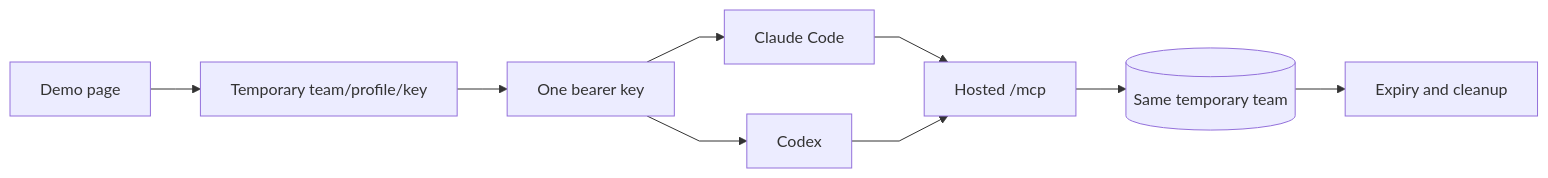
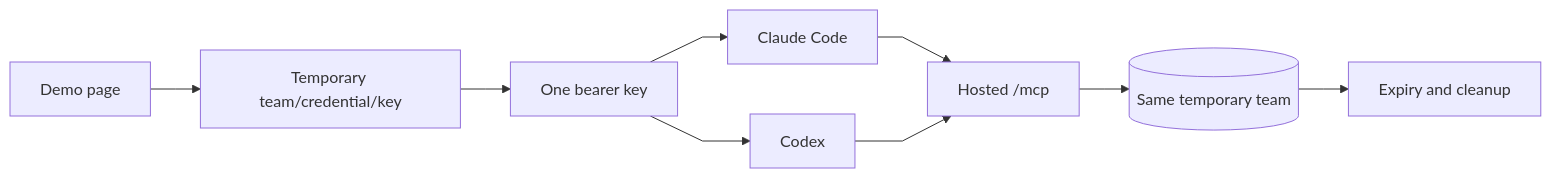
One commit to markhuangai/dense-mem changed the diagram in Hosted-Demo.md. Above: the diagram before and after it, drawn with Mermaid. The commit also changed other lines of this file and 12 other files, not shown here.

````diff
--- a/Hosted-Demo.md
+++ b/Hosted-Demo.md
@@ -27,12 +27,12 @@
 ```mermaid
 %%{init: {"flowchart": {"curve": "linear"}}}%%
 flowchart LR
-  Browser["Demo page"] --> Provision["Temporary team/profile/key"]
+  Browser["Demo page"] --> Provision["Temporary team/credential/key"]
   Provision --> Key["One bearer key"]
   Key --> Claude["Claude Code"]
   Key --> Codex["Codex"]
   Claude --> Demo["Hosted /mcp"]
   Codex --> Demo
   Demo --> Team[("Same temporary team")]
   Team --> Expire["Expiry and cleanup"]
 ```
````
